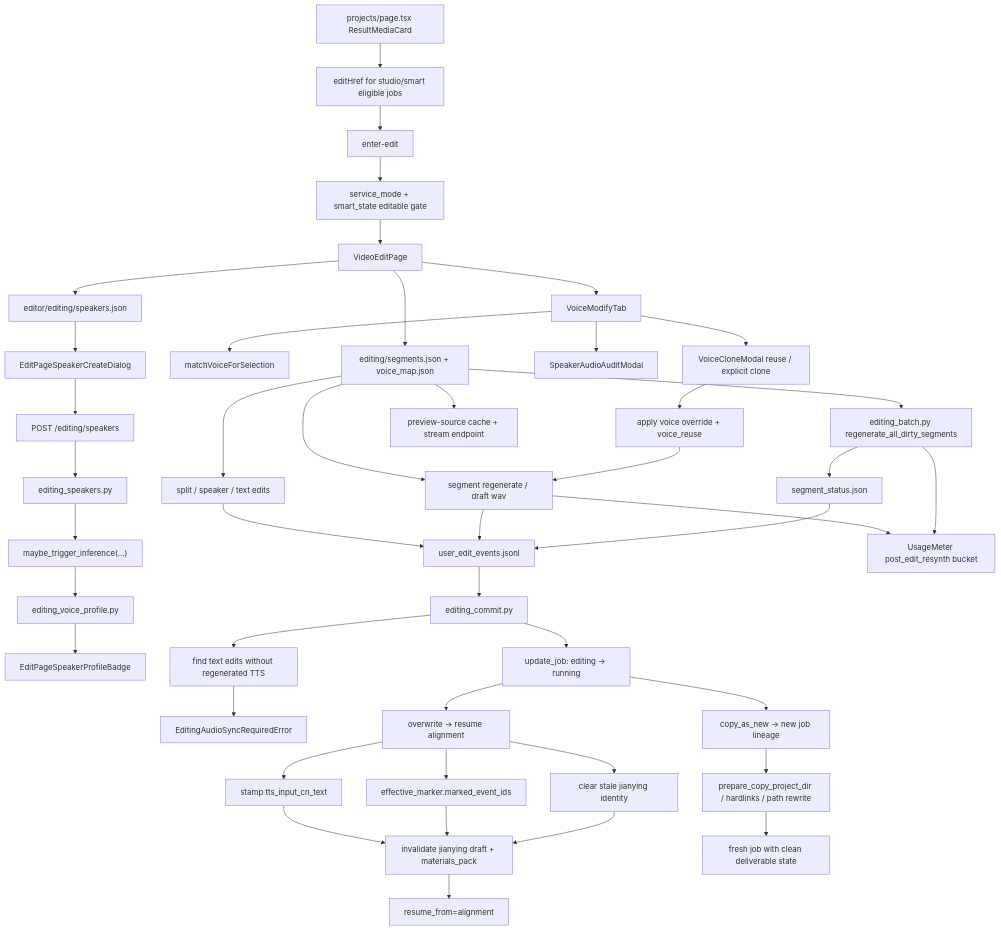
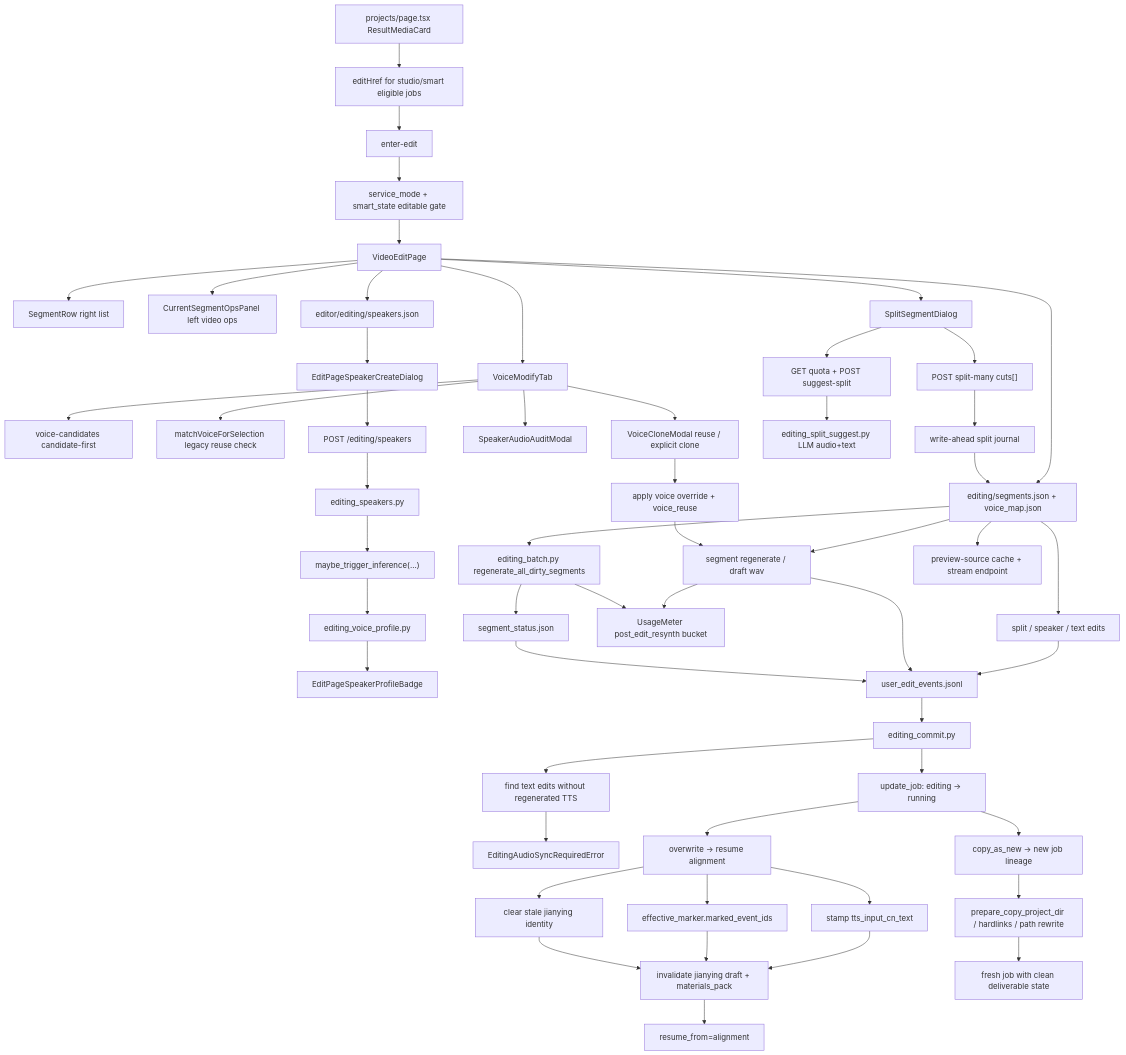
The diagram in docs/graphs/GITNEXUS_EDITING_POST_EDIT_GRAPH.md (sun9bear/AITransVideo), drawn with Mermaid before and after one commit. The commit also changed other lines of this file and 8 other files, not shown here.

Commit message:
docs: refresh GitNexus project graphs

````diff
--- a/docs/graphs/GITNEXUS_EDITING_POST_EDIT_GRAPH.md
+++ b/docs/graphs/GITNEXUS_EDITING_POST_EDIT_GRAPH.md
@@ -21,52 +24,61 @@
 ```mermaid
 graph TD
     Projects["projects/page.tsx ResultMediaCard"] --> EditHref["editHref for studio/smart eligible jobs"]
     EditHref --> EditEntry["enter-edit"]
     EditEntry --> ModeGate["service_mode + smart_state editable gate"]
     ModeGate --> EditPage["VideoEditPage"]
+    EditPage --> SegmentRow["SegmentRow right list"]
+    EditPage --> OpsPanel["CurrentSegmentOpsPanel left video ops"]
+    EditPage --> SplitDialog["SplitSegmentDialog"]
     EditPage --> Segments["editing/segments.json + voice_map.json"]
     EditPage --> Speakers["editor/editing/speakers.json"]
     EditPage --> VoiceModify["VoiceModifyTab"]
-    VoiceModify --> ReuseMatch["matchVoiceForSelection"]
+    VoiceModify --> CandidateApi["voice-candidates candidate-first"]
+    VoiceModify --> ReuseMatch["matchVoiceForSelection legacy reuse check"]
     VoiceModify --> CloneModal["VoiceCloneModal reuse / explicit clone"]
     VoiceModify --> AudioAudit["SpeakerAudioAuditModal"]
     CloneModal --> VoiceOverride["apply voice override + voice_reuse"]
 
     Speakers --> CreateDialog["EditPageSpeakerCreateDialog"]
     CreateDialog --> CreateApi["POST /editing/speakers"]
     CreateApi --> SpeakersSvc["editing_speakers.py"]
     SpeakersSvc --> ProfileKick["maybe_trigger_inference(...)"]
     ProfileKick --> ProfileJob["editing_voice_profile.py"]
     ProfileJob --> ProfileBadge["EditPageSpeakerProfileBadge"]
 
     Segments --> SingleTTS["segment regenerate / draft wav"]
     Segments --> BatchTTS["editing_batch.py regenerate_all_dirty_segments"]
     Segments --> PreviewSource["preview-source cache + stream endpoint"]
     Segments --> Structural["split / speaker / text edits"]
+    SplitDialog --> SuggestSplit["GET quota + POST suggest-split"]
+    SuggestSplit --> LLMSuggest["editing_split_suggest.py LLM audio+text"]
+    SplitDialog --> SplitMany["POST split-many cuts[]"]
+    SplitMany --> Journal["write-ahead split journal"]
+    Journal --> Segments
 
     VoiceOverride --> SingleTTS
     Structural --> Audit["user_edit_events.jsonl"]
     SingleTTS --> Audit
     SingleTTS --> Usage["UsageMeter post_edit_resynth bucket"]
     BatchTTS --> StatusMap["segment_status.json"]
     StatusMap --> Audit
     BatchTTS --> Usage
 
     Audit --> Commit["editing_commit.py"]
     Commit --> SyncCheck["find text edits without regenerated TTS"]
     SyncCheck --> Guard["EditingAudioSyncRequiredError"]
     Commit --> Claim["update_job: editing -> running"]
     Claim --> Overwrite["overwrite -> resume alignment"]
     Claim --> CopyNew["copy_as_new -> new job lineage"]
 
     Overwrite --> Stamp["stamp tts_input_cn_text"]
     Overwrite --> Marker["effective_marker.marked_event_ids"]
     Overwrite --> Retire["clear stale jianying identity"]
     Stamp --> Reset["invalidate jianying draft + materials_pack"]
     Marker --> Reset
     Retire --> Reset
     Reset --> Resume["resume_from=alignment"]
 
     CopyNew --> Prepare["prepare_copy_project_dir / hardlinks / path rewrite"]
     Prepare --> NewJob["fresh job with clean deliverable state"]
 ```
````
